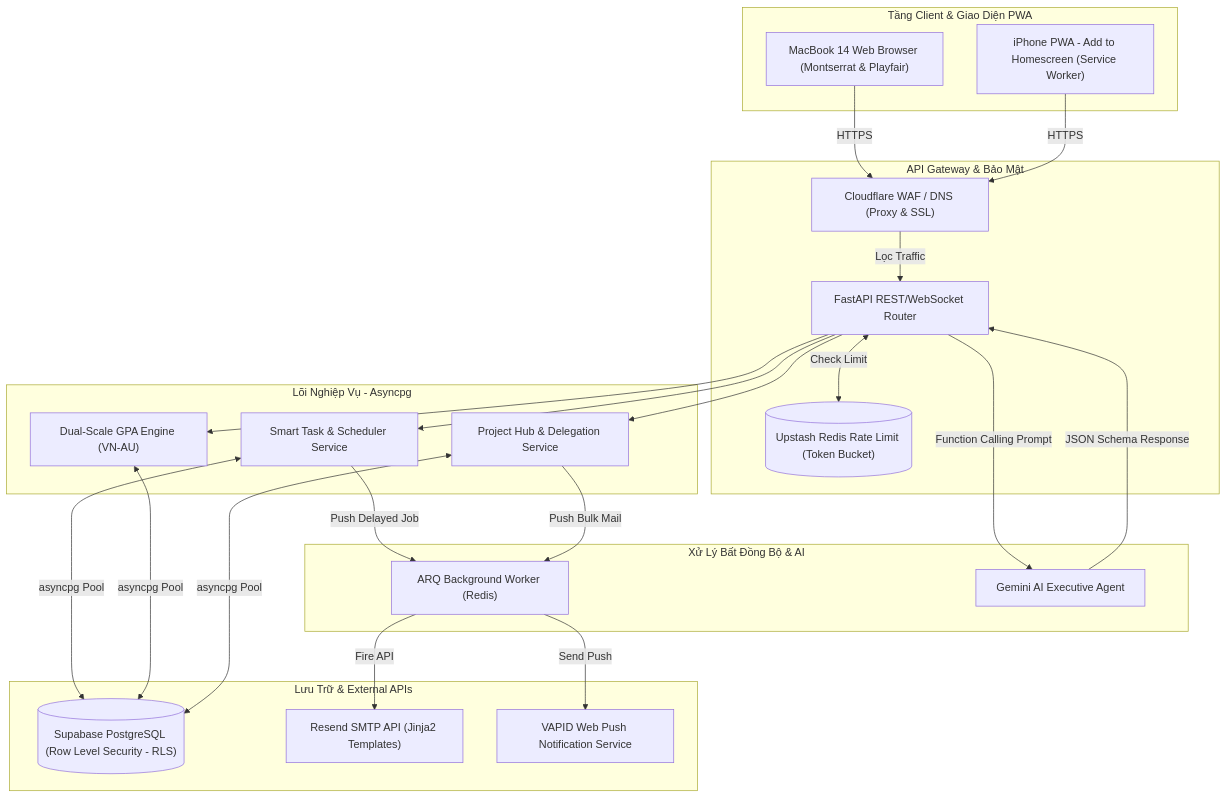
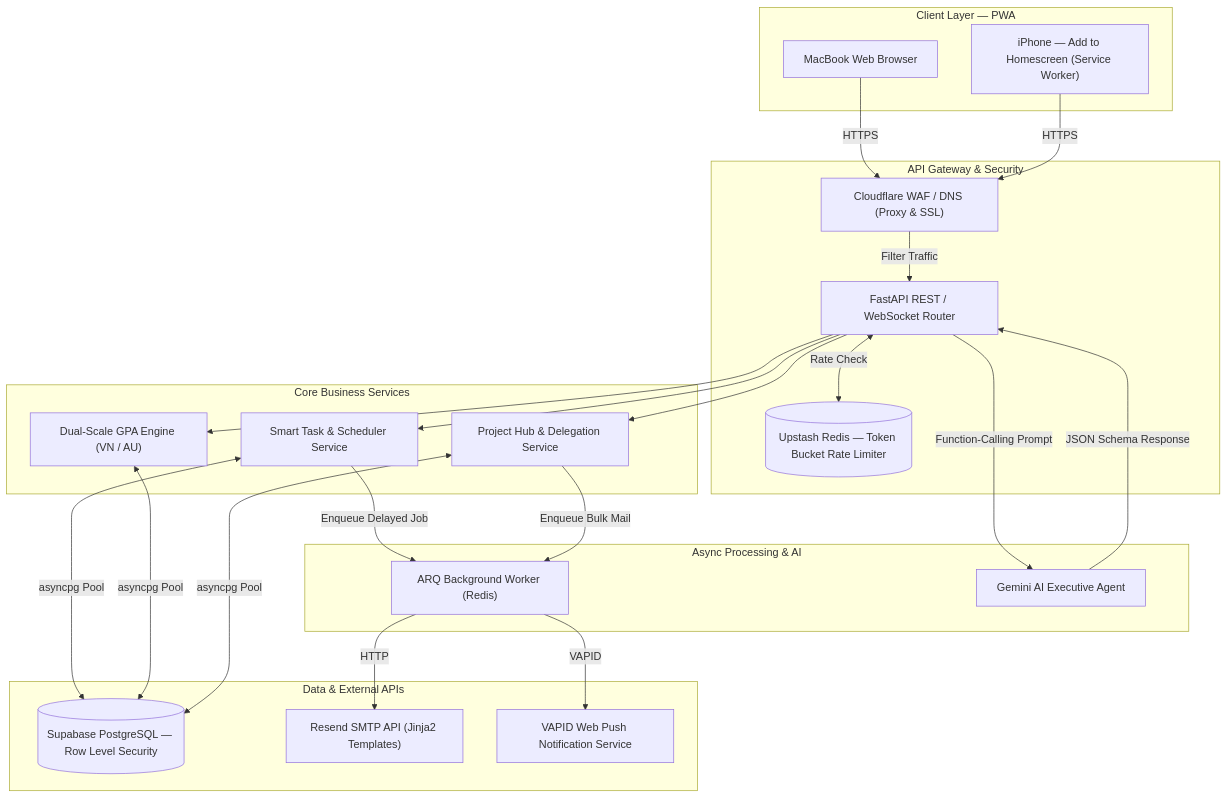
The first of 7 diagrams in README.md (BennedictQuanTon/YourAI), drawn with Mermaid before and after one commit. The commit also changed other lines of this file and 1 other file, not shown here.

````diff
--- a/README.md
+++ b/README.md
@@ -16,53 +49,47 @@
 ```mermaid
 graph TD
-    %% Tầng Client (PWA)
-    subgraph Client_Layer ["Tầng Client & Giao Diện PWA"]
-        Mac["MacBook 14 Web Browser (Montserrat & Playfair)"]
-        iOS["iPhone PWA - Add to Homescreen (Service Worker)"]
+    subgraph Client_Layer ["Client Layer — PWA"]
+        Mac["MacBook Web Browser"]
+        iOS["iPhone — Add to Homescreen (Service Worker)"]
     end
-    
-    %% Tầng API & Auth
-    subgraph API_Layer ["API Gateway & Bảo Mật"]
+
+    subgraph API_Layer ["API Gateway & Security"]
         Cloudflare["Cloudflare WAF / DNS (Proxy & SSL)"]
-        Gateway["FastAPI REST/WebSocket Router"]
-        RateLimit[("Upstash Redis Rate Limit (Token Bucket)")]
+        Gateway["FastAPI REST / WebSocket Router"]
+        RateLimit[("Upstash Redis — Token Bucket Rate Limiter")]
     end
-    
-    %% Tầng Core Services
-    subgraph Core_Services ["Lõi Nghiệp Vụ - Asyncpg"]
+
+    subgraph Core_Services ["Core Business Services"]
         TaskService["Smart Task & Scheduler Service"]
-        GPAService["Dual-Scale GPA Engine (VN-AU)"]
+        GPAService["Dual-Scale GPA Engine (VN / AU)"]
         ProjectService["Project Hub & Delegation Service"]
     end
-    
-    %% Tầng AI & Message Queue
-    subgraph Async_Workers ["Xử Lý Bất Đồng Bộ & AI"]
+
+    subgraph Async_Workers ["Async Processing & AI"]
         Worker["ARQ Background Worker (Redis)"]
         AIAgent["Gemini AI Executive Agent"]
     end
-    
-    %% Tầng Data & Cloud
-    subgraph Data_Layer ["Lưu Trữ & External APIs"]
-        Supabase[("Supabase PostgreSQL (Row Level Security - RLS)")]
+
+    subgraph Data_Layer ["Data & External APIs"]
+        Supabase[("Supabase PostgreSQL — Row Level Security")]
         Resend["Resend SMTP API (Jinja2 Templates)"]
         WebPush["VAPID Web Push Notification Service"]
     end
-    
-    %% Luồng kết nối
+
     Mac -->|HTTPS| Cloudflare
     iOS -->|HTTPS| Cloudflare
-    Cloudflare -->|Lọc Traffic| Gateway
-    Gateway <-->|Check Limit| RateLimit
+    Cloudflare -->|Filter Traffic| Gateway
+    Gateway <-->|Rate Check| RateLimit
     Gateway --> TaskService
     Gateway --> GPAService
     Gateway --> ProjectService
     TaskService <-->|asyncpg Pool| Supabase
     GPAService <-->|asyncpg Pool| Supabase
     ProjectService <-->|asyncpg Pool| Supabase
-    TaskService -->|Push Delayed Job| Worker
-    ProjectService -->|Push Bulk Mail| Worker
-    Worker -->|Fire API| Resend
-    Worker -->|Send Push| WebPush
-    Gateway -->|Function Calling Prompt| AIAgent
+    TaskService -->|Enqueue Delayed Job| Worker
+    ProjectService -->|Enqueue Bulk Mail| Worker
+    Worker -->|HTTP| Resend
+    Worker -->|VAPID| WebPush
+    Gateway -->|Function-Calling Prompt| AIAgent
     AIAgent -->|JSON Schema Response| Gateway
 ```
````
